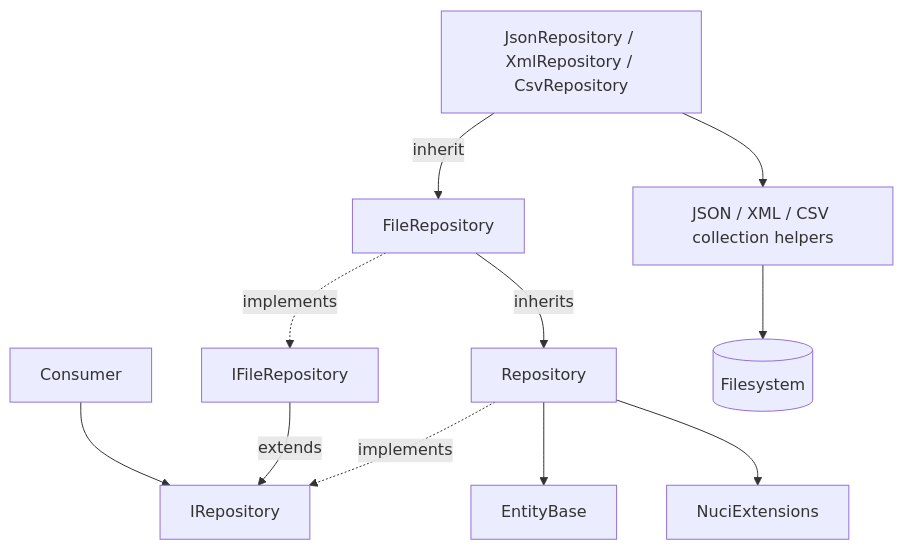
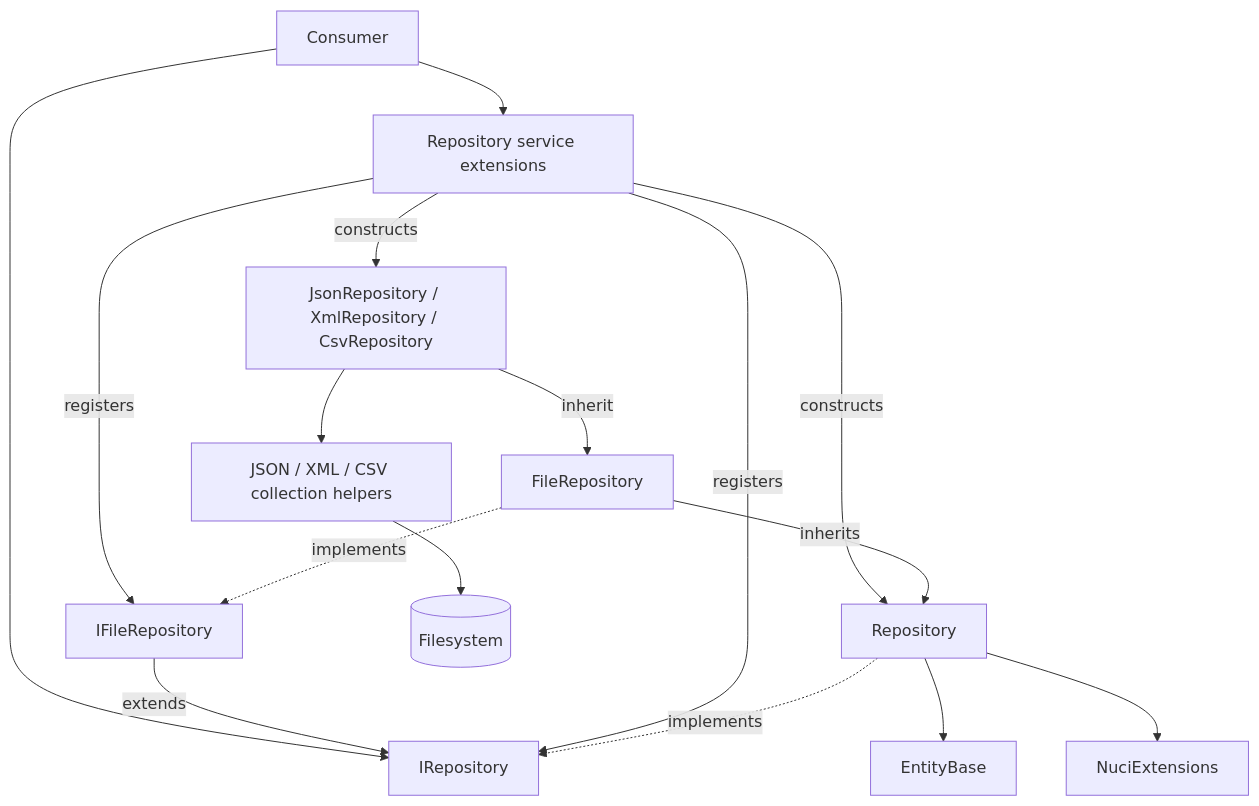
One commit to hmlendea/nucidal changed the second of 8 diagrams in ARCHITECTURE.md. Above: the diagram before and after it, drawn with Mermaid. The commit also changed other lines of this file and 6 other files, not shown here.

````diff
--- a/ARCHITECTURE.md
+++ b/ARCHITECTURE.md
@@ -83,13 +88,18 @@
 ```mermaid
 flowchart TB
     Consumer["Consumer"] --> Contracts["IRepository<TKey, TDataObject>"]
+    Consumer --> Registration["Repository service extensions"]
     FileContract["IFileRepository<TKey, TDataObject>"] -->|"extends"| Contracts
+    Registration -->|"registers"| Contracts
+    Registration -->|"constructs"| MemoryRepository
+    Registration -->|"registers"| FileContract
+    Registration -->|"constructs"| FormatRepositories
     MemoryRepository["Repository<TKey, TDataObject>"] -.->|"implements"| Contracts
     FileRepository["FileRepository<TKey, TDataObject>"] -->|"inherits"| MemoryRepository
     FileRepository -.->|"implements"| FileContract
     FormatRepositories["JsonRepository / XmlRepository / CsvRepository"] -->|"inherit"| FileRepository
     FormatRepositories --> Helpers["JSON / XML / CSV collection helpers"]
     MemoryRepository --> Entities["EntityBase<TKey>"]
     MemoryRepository --> Extensions["NuciExtensions"]
     Helpers --> FileSystem[("Filesystem")]
 ```
````
